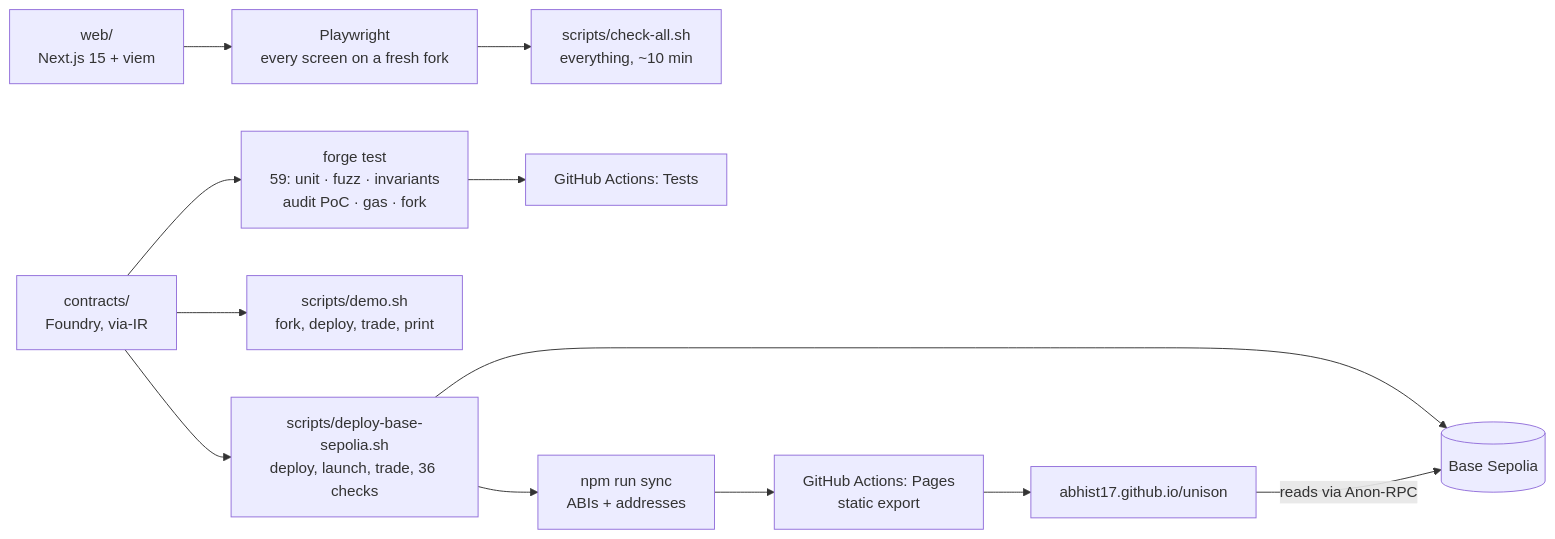
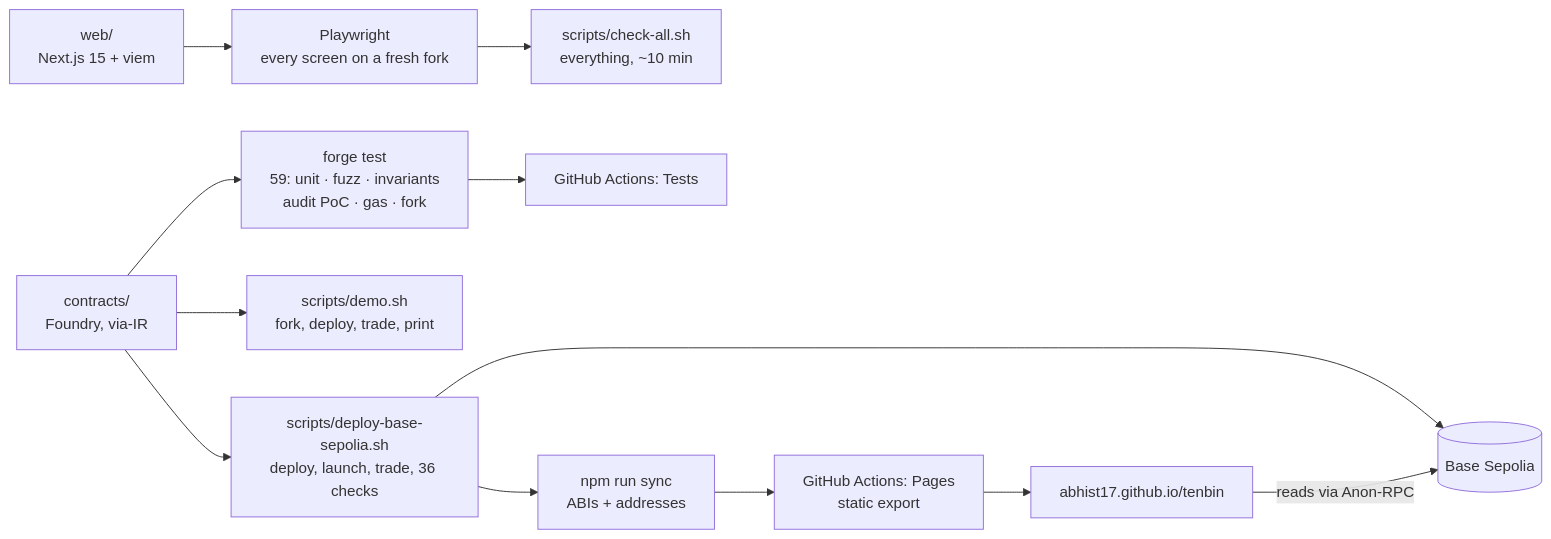
One commit to Abhist17/mohur changed the eighth of 8 diagrams in README.md. Above: the diagram before and after it, drawn with Mermaid. The commit also changed other lines of this file and 157 other files, not shown here.

````diff
--- a/README.md
+++ b/README.md
@@ -473,13 +473,13 @@
 ```mermaid
 flowchart LR
     C["contracts/<br/>Foundry, via-IR"] --> FT["forge test<br/>59: unit · fuzz · invariants<br/>audit PoC · gas · fork"]
     W["web/<br/>Next.js 15 + viem"] --> E2E["Playwright<br/>every screen on a fresh fork"]
     C --> D["scripts/demo.sh<br/>fork, deploy, trade, print"]
     FT --> CI["GitHub Actions: Tests"]
     E2E --> CA["scripts/check-all.sh<br/>everything, ~10 min"]
     C --> DEP["scripts/deploy-base-sepolia.sh<br/>deploy, launch, trade, 36 checks"]
     DEP --> BS[("Base Sepolia")]
     DEP --> SYNC["npm run sync<br/>ABIs + addresses"] --> PAGES["GitHub Actions: Pages<br/>static export"]
-    PAGES --> SITE["abhist17.github.io/unison"]
+    PAGES --> SITE["abhist17.github.io/tenbin"]
     SITE -- "reads via Anon-RPC" --> BS
 ```
````
